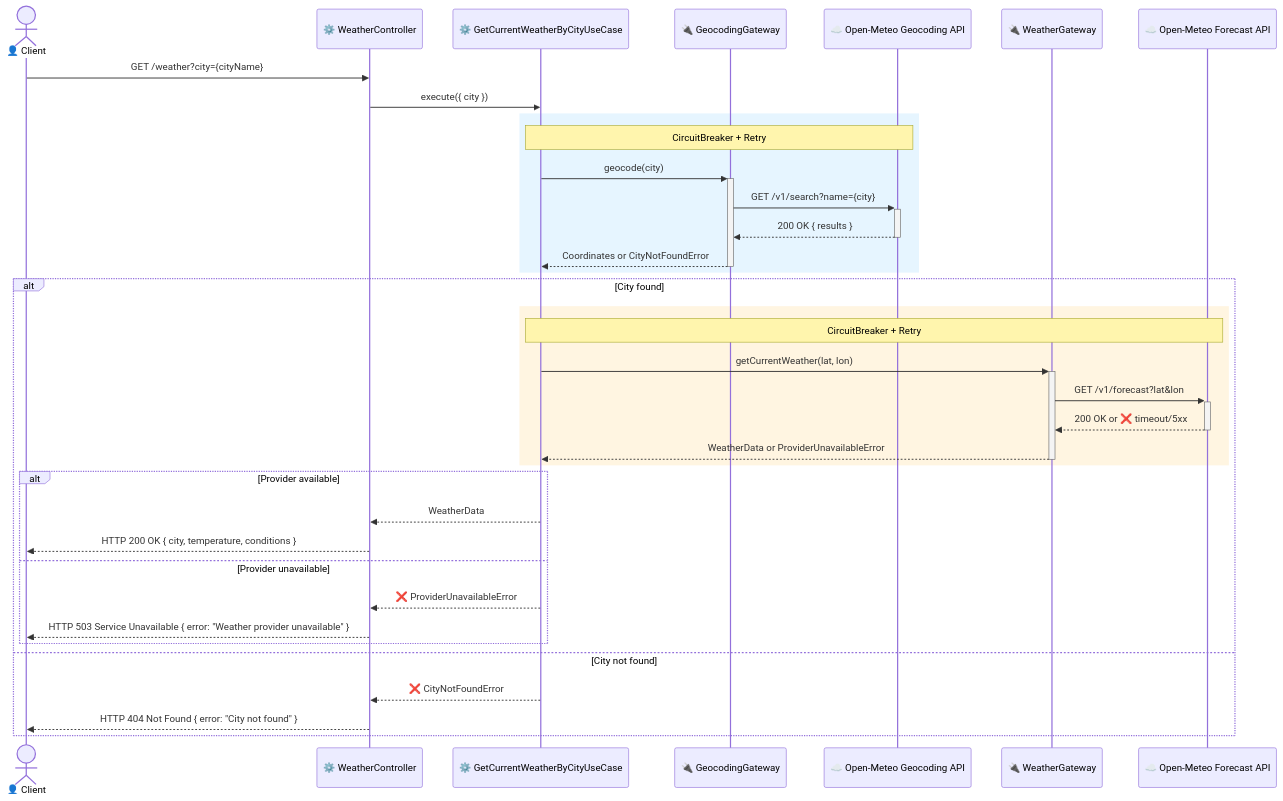
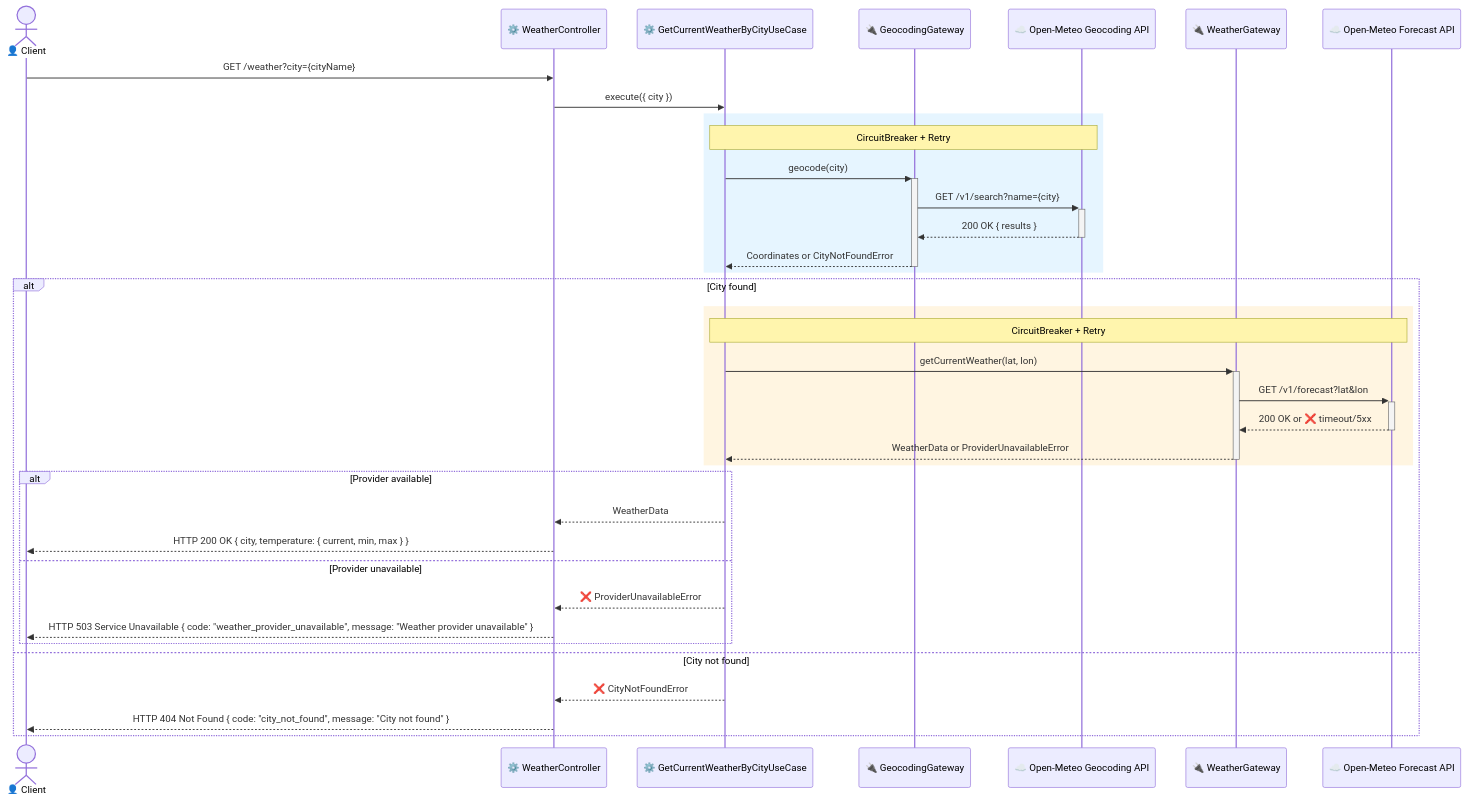
Before and after one commit to Cahmoraes/clean-arch-solid-ddd: the diagram in docs/superpowers/weather-service/specs/weather-service-design.md, drawn with Mermaid. The commit also changed other lines of this file and 2 other files, not shown here.

First line of the commit message:
fix: alinha contrato HTTP entre specs de backend e frontend do serviço de meteorologia

````diff
--- a/docs/superpowers/weather-service/specs/weather-service-design.md
+++ b/docs/superpowers/weather-service/specs/weather-service-design.md
@@ -35,42 +35,42 @@
 ```mermaid
 sequenceDiagram
     actor Client as 👤 Client
     participant Controller as ⚙️ WeatherController
     participant UseCase as ⚙️ GetCurrentWeatherByCityUseCase
     participant GeoGateway as 🔌 GeocodingGateway
     participant GeoAPI as ☁️ Open-Meteo Geocoding API
     participant WeatherGateway as 🔌 WeatherGateway
     participant WeatherAPI as ☁️ Open-Meteo Forecast API
 
     Client->>Controller: GET /weather?city={cityName}
     Controller->>UseCase: execute({ city })
 
     rect rgb(230, 245, 255)
         Note over UseCase,GeoAPI: CircuitBreaker + Retry
         UseCase->>+GeoGateway: geocode(city)
         GeoGateway->>+GeoAPI: GET /v1/search?name={city}
         GeoAPI-->>-GeoGateway: 200 OK { results }
         GeoGateway-->>-UseCase: Coordinates or CityNotFoundError
     end
 
     alt City found
         rect rgb(255, 245, 225)
             Note over UseCase,WeatherAPI: CircuitBreaker + Retry
             UseCase->>+WeatherGateway: getCurrentWeather(lat, lon)
             WeatherGateway->>+WeatherAPI: GET /v1/forecast?lat&lon
             WeatherAPI-->>-WeatherGateway: 200 OK or ❌ timeout/5xx
             WeatherGateway-->>-UseCase: WeatherData or ProviderUnavailableError
         end
 
         alt Provider available
             UseCase-->>Controller: WeatherData
-            Controller-->>Client: HTTP 200 OK { city, temperature, conditions }
+            Controller-->>Client: HTTP 200 OK { city, temperature: { current, min, max } }
         else Provider unavailable
             UseCase-->>Controller: ❌ ProviderUnavailableError
-            Controller-->>Client: HTTP 503 Service Unavailable { error: "Weather provider unavailable" }
+            Controller-->>Client: HTTP 503 Service Unavailable { code: "weather_provider_unavailable", message: "Weather provider unavailable" }
         end
     else City not found
         UseCase-->>Controller: ❌ CityNotFoundError
-        Controller-->>Client: HTTP 404 Not Found { error: "City not found" }
+        Controller-->>Client: HTTP 404 Not Found { code: "city_not_found", message: "City not found" }
     end
 ```
````
